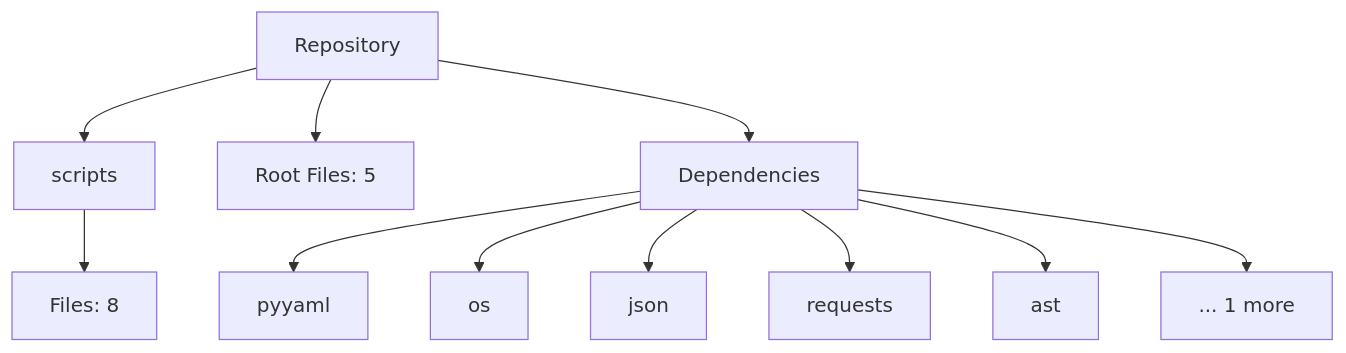
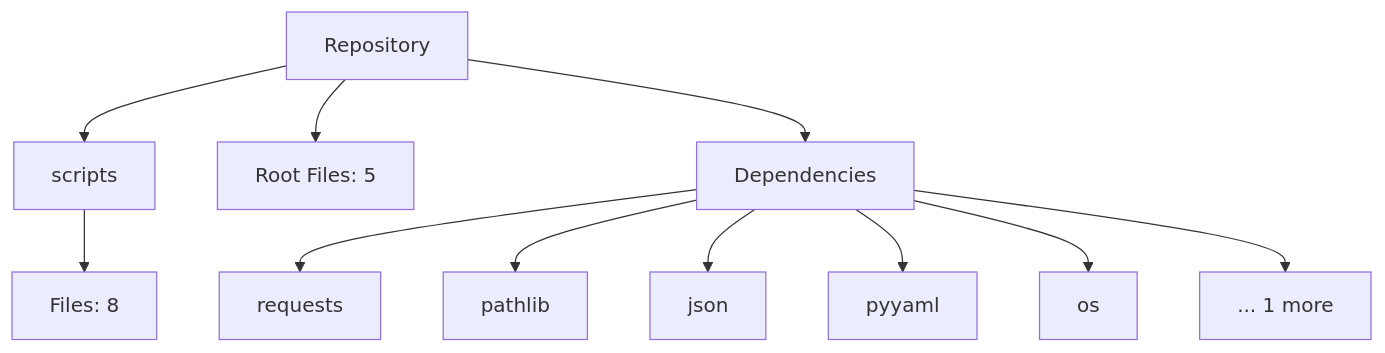
Before and after one commit to NITISH-R-G/Smart-Task-Tracker-macOS-Dark-Edition-: the diagram in README.md, drawn with Mermaid. The commit also changed 4 other files, not shown here.

Commit message:
docs(auto): Automatically update repository architecture and README

````diff
--- a/README.md
+++ b/README.md
@@ -17,15 +17,15 @@
 ```mermaid
 graph TD
     Root[Repository]
     Root --> scripts[scripts]
     scripts --> scripts_files[Files: 8]
     Root --> Root_files[Root Files: 5]
     Root --> Deps[Dependencies]
+    Deps --> requests[requests]
+    Deps --> pathlib[pathlib]
+    Deps --> json[json]
     Deps --> pyyaml[pyyaml]
     Deps --> os[os]
-    Deps --> json[json]
-    Deps --> requests[requests]
-    Deps --> ast[ast]
     Deps --> MoreDeps[... 1 more]
 
 ```
````
